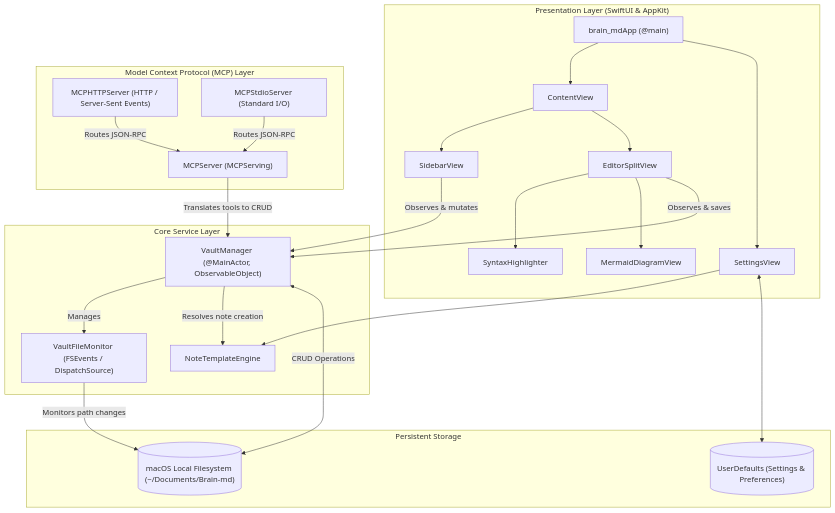
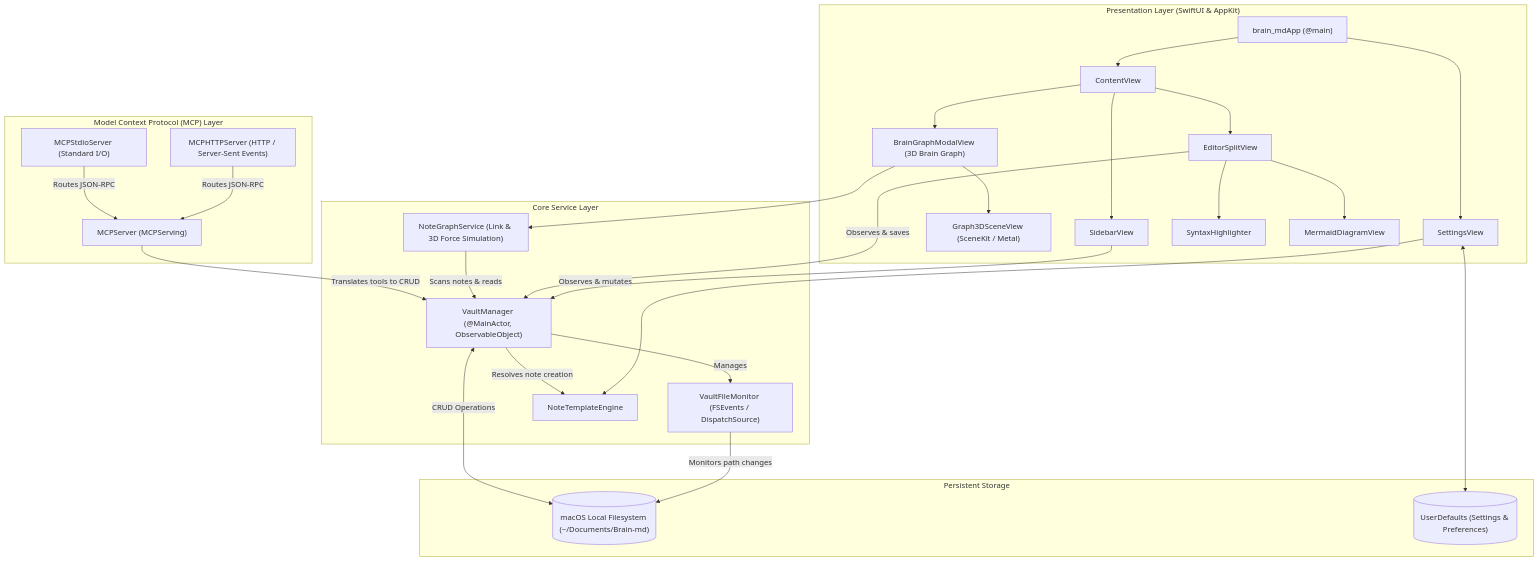
Before and after one commit to ItsReidar/brain-md: the first of 3 diagrams in docs/architecture.md, drawn with Mermaid. The commit also changed 12 other files, not shown here.

Commit message:
feat: add 3D graph view and note graph service for vault navigation

````diff
--- a/docs/architecture.md
+++ b/docs/architecture.md
@@ -14,52 +14,59 @@
 ```mermaid
 graph TD
     subgraph UI ["Presentation Layer (SwiftUI & AppKit)"]
         App["brain_mdApp (@main)"]
         ContentView["ContentView"]
         Sidebar["SidebarView"]
         Editor["EditorSplitView"]
+        GraphModal["BrainGraphModalView (3D Brain Graph)"]
+        Scene3D["Graph3DSceneView (SceneKit / Metal)"]
         Settings["SettingsView"]
         Highlighter["SyntaxHighlighter"]
         Mermaid["MermaidDiagramView"]
     end
 
     subgraph Service ["Core Service Layer"]
         VM["VaultManager (@MainActor, ObservableObject)"]
+        GraphService["NoteGraphService (Link & 3D Force Simulation)"]
         Monitor["VaultFileMonitor (FSEvents / DispatchSource)"]
         Template["NoteTemplateEngine"]
     end
 
     subgraph MCP ["Model Context Protocol (MCP) Layer"]
         MCPServer["MCPServer (MCPServing)"]
         HTTPServer["MCPHTTPServer (HTTP / Server-Sent Events)"]
         StdioServer["MCPStdioServer (Standard I/O)"]
     end
 
     subgraph Storage ["Persistent Storage"]
         FS[("macOS Local Filesystem (~/Documents/Brain-md)")]
         Defaults[("UserDefaults (Settings & Preferences)")]
     end
 
     %% Bindings
     App --> ContentView
     App --> Settings
     ContentView --> Sidebar
     ContentView --> Editor
+    ContentView --> GraphModal
+    GraphModal --> Scene3D
+    GraphModal --> GraphService
     Editor --> Highlighter
     Editor --> Mermaid
     Settings --> Template
 
     %% Service connections
     Sidebar -->|Observes & mutates| VM
     Editor -->|Observes & saves| VM
+    GraphService -->|Scans notes & reads| VM
     VM -->|Manages| Monitor
     VM -->|Resolves note creation| Template
     Monitor -->|Monitors path changes| FS
     VM <-->|CRUD Operations| FS
     Settings <--> Defaults
 
     %% MCP connections
     HTTPServer -->|Routes JSON-RPC| MCPServer
     StdioServer -->|Routes JSON-RPC| MCPServer
     MCPServer -->|Translates tools to CRUD| VM
 ```
````
